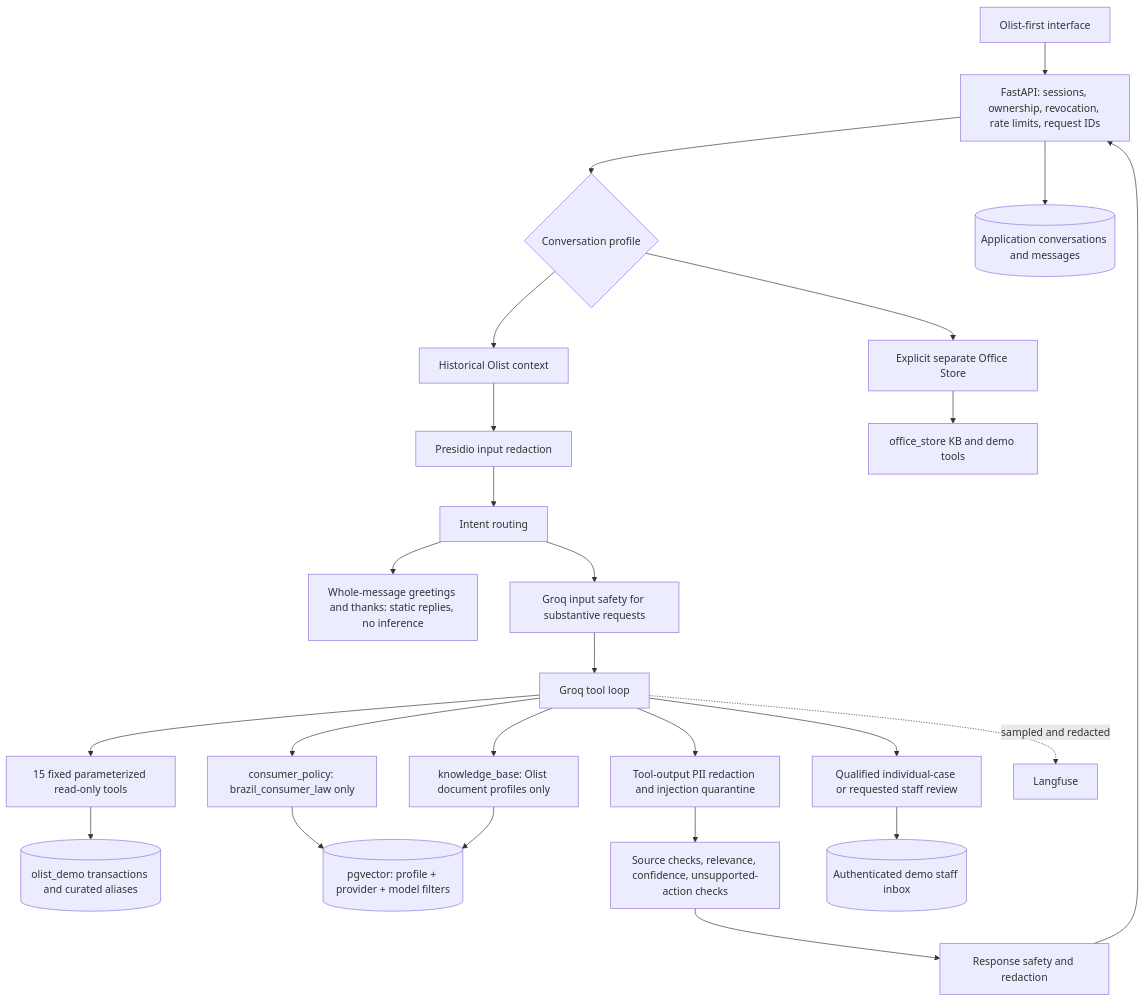
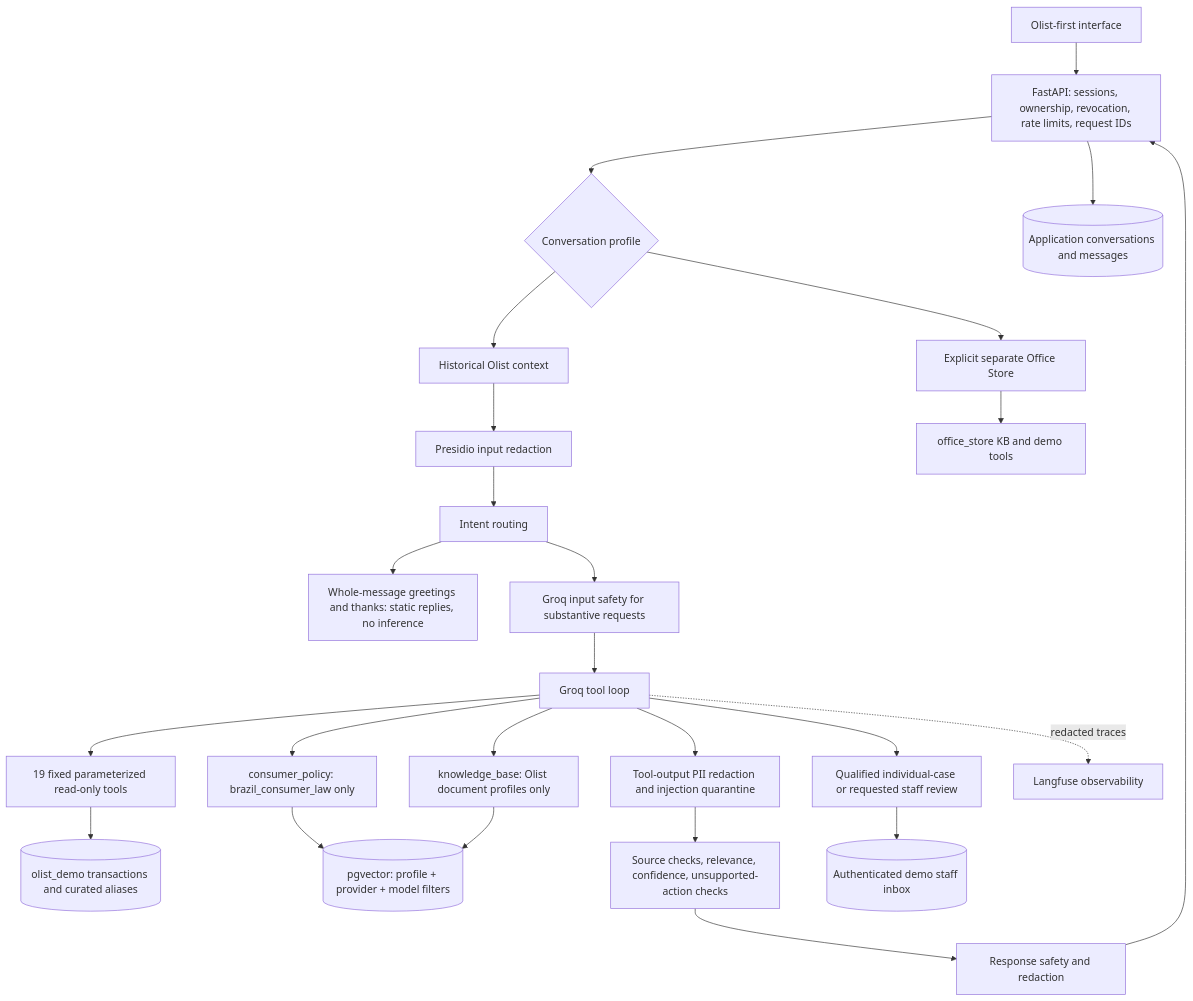
Before and after one commit to Bibek1008/Customer-Support-Agent: the diagram in docs/ARCHITECTURE.md, drawn with Mermaid. The commit also changed other lines of this file and 6 other files, not shown here.

````diff
--- a/docs/ARCHITECTURE.md
+++ b/docs/ARCHITECTURE.md
@@ -6,27 +7,27 @@
 ```mermaid
 flowchart TB
   UI[Olist-first interface] --> API[FastAPI: sessions, ownership, revocation, rate limits, request IDs]
   API --> Context{Conversation profile}
   Context --> Olist[Historical Olist context]
   Context --> Office[Explicit separate Office Store]
   Olist --> Redact[Presidio input redaction]
   Redact --> Route[Intent routing]
   Route --> Social[Whole-message greetings and thanks: static replies, no inference]
   Route --> Safety[Groq input safety for substantive requests]
   Safety --> Agent[Groq tool loop]
-  Agent --> SQL[15 fixed parameterized read-only tools]
+  Agent --> SQL[19 fixed parameterized read-only tools]
   SQL --> DB[(olist_demo transactions and curated aliases)]
   Agent --> Law[consumer_policy: brazil_consumer_law only]
   Agent --> Docs[knowledge_base: Olist document profiles only]
   Law --> Vector[(pgvector: profile + provider + model filters)]
   Docs --> Vector
   Office --> Fiction[office_store KB and demo tools]
   Agent --> Q[Tool-output PII redaction and injection quarantine]
   Q --> Evidence[Source checks, relevance, confidence, unsupported-action checks]
   Evidence --> Out[Response safety and redaction]
   Out --> API
   Agent --> Review[Qualified individual-case or requested staff review]
   Review --> Inbox[(Authenticated demo staff inbox)]
   API --> History[(Application conversations and messages)]
-  Agent -. sampled and redacted .-> LF[Langfuse]
+  Agent -. redacted traces .-> LF[Langfuse observability]
 ```
````
